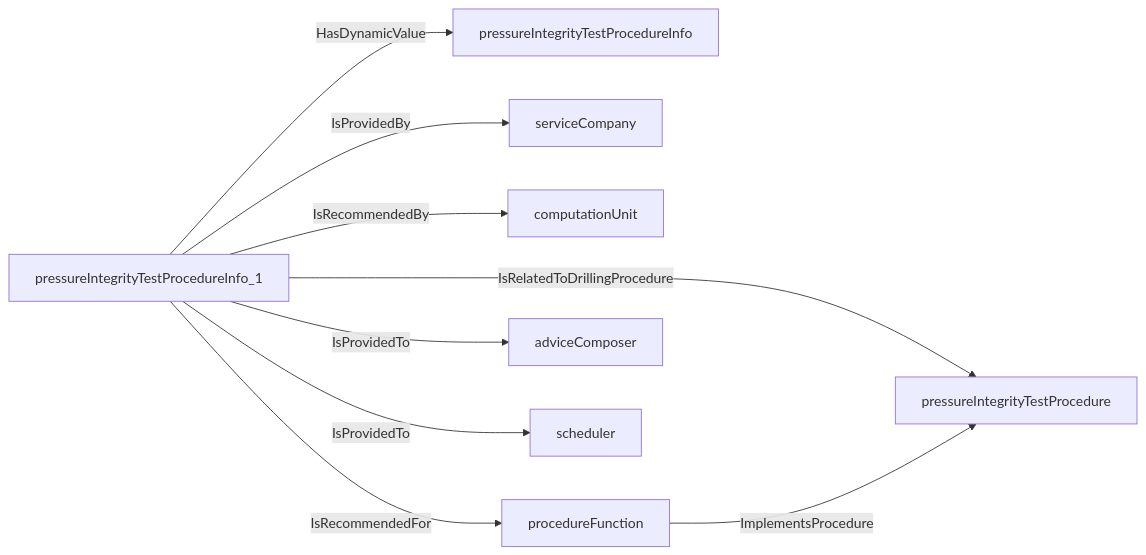
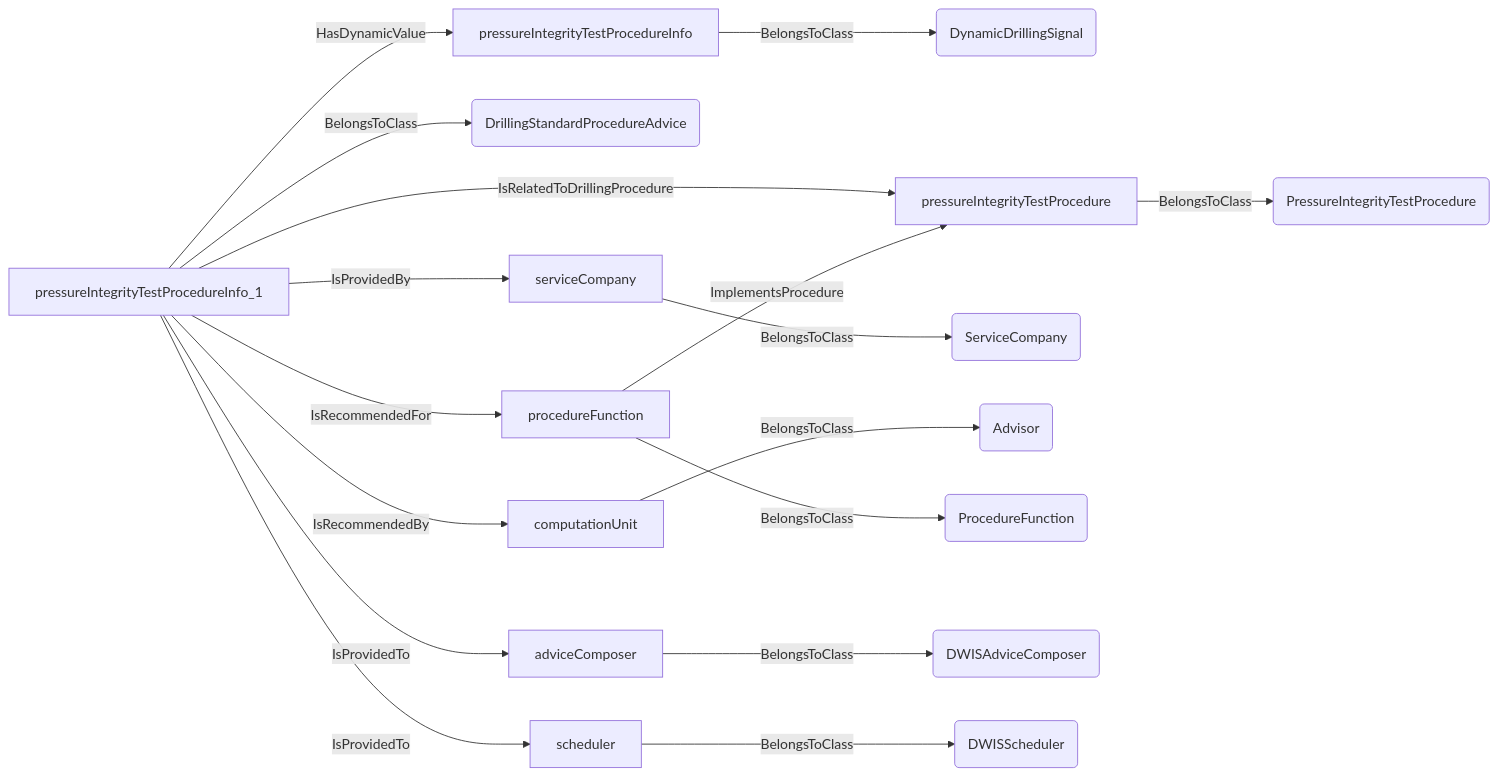
Diagram 11 of 19 in docs/vocabulary_development/auto-generated/md/definition-files/DrillingProcedure.md (D-WIS/DDHub-Semantic-Interoperability), drawn with Mermaid before and after one commit. The commit also changed other lines of this file and 14 other files, not shown here.

````diff
--- a/docs/vocabulary_development/auto-generated/md/definition-files/DrillingProcedure.md
+++ b/docs/vocabulary_development/auto-generated/md/definition-files/DrillingProcedure.md
@@ -553,11 +697,19 @@
 ```mermaid
 graph LR
-	N0000[pressureIntegrityTestProcedureInfo_1] -->|HasDynamicValue| N0001[pressureIntegrityTestProcedureInfo] 
-	N0000[pressureIntegrityTestProcedureInfo_1] -->|IsRelatedToDrillingProcedure| N0002[pressureIntegrityTestProcedure] 
-	N0000[pressureIntegrityTestProcedureInfo_1] -->|IsProvidedBy| N0003[serviceCompany] 
-	N0000[pressureIntegrityTestProcedureInfo_1] -->|IsRecommendedBy| N0004[computationUnit] 
-	N0005[procedureFunction] -->|ImplementsProcedure| N0002[pressureIntegrityTestProcedure] 
-	N0000[pressureIntegrityTestProcedureInfo_1] -->|IsRecommendedFor| N0005[procedureFunction] 
-	N0000[pressureIntegrityTestProcedureInfo_1] -->|IsProvidedTo| N0006[adviceComposer] 
-	N0000[pressureIntegrityTestProcedureInfo_1] -->|IsProvidedTo| N0007[scheduler] 
+	N0000[pressureIntegrityTestProcedureInfo] -->|BelongsToClass| N0001(DynamicDrillingSignal) 
+	N0002[pressureIntegrityTestProcedureInfo_1] -->|BelongsToClass| N0003(DrillingStandardProcedureAdvice) 
+	N0002[pressureIntegrityTestProcedureInfo_1] -->|HasDynamicValue| N0000[pressureIntegrityTestProcedureInfo] 
+	N0004[pressureIntegrityTestProcedure] -->|BelongsToClass| N0005(PressureIntegrityTestProcedure) 
+	N0002[pressureIntegrityTestProcedureInfo_1] -->|IsRelatedToDrillingProcedure| N0004[pressureIntegrityTestProcedure] 
+	N0006[serviceCompany] -->|BelongsToClass| N0007(ServiceCompany) 
+	N0002[pressureIntegrityTestProcedureInfo_1] -->|IsProvidedBy| N0006[serviceCompany] 
+	N0008[computationUnit] -->|BelongsToClass| N0009(Advisor) 
+	N0002[pressureIntegrityTestProcedureInfo_1] -->|IsRecommendedBy| N0008[computationUnit] 
+	N0010[procedureFunction] -->|BelongsToClass| N0011(ProcedureFunction) 
+	N0010[procedureFunction] -->|ImplementsProcedure| N0004[pressureIntegrityTestProcedure] 
+	N0002[pressureIntegrityTestProcedureInfo_1] -->|IsRecommendedFor| N0010[procedureFunction] 
+	N0012[adviceComposer] -->|BelongsToClass| N0013(DWISAdviceComposer) 
+	N0002[pressureIntegrityTestProcedureInfo_1] -->|IsProvidedTo| N0012[adviceComposer] 
+	N0014[scheduler] -->|BelongsToClass| N0015(DWISScheduler) 
+	N0002[pressureIntegrityTestProcedureInfo_1] -->|IsProvidedTo| N0014[scheduler] 
 ```
````
